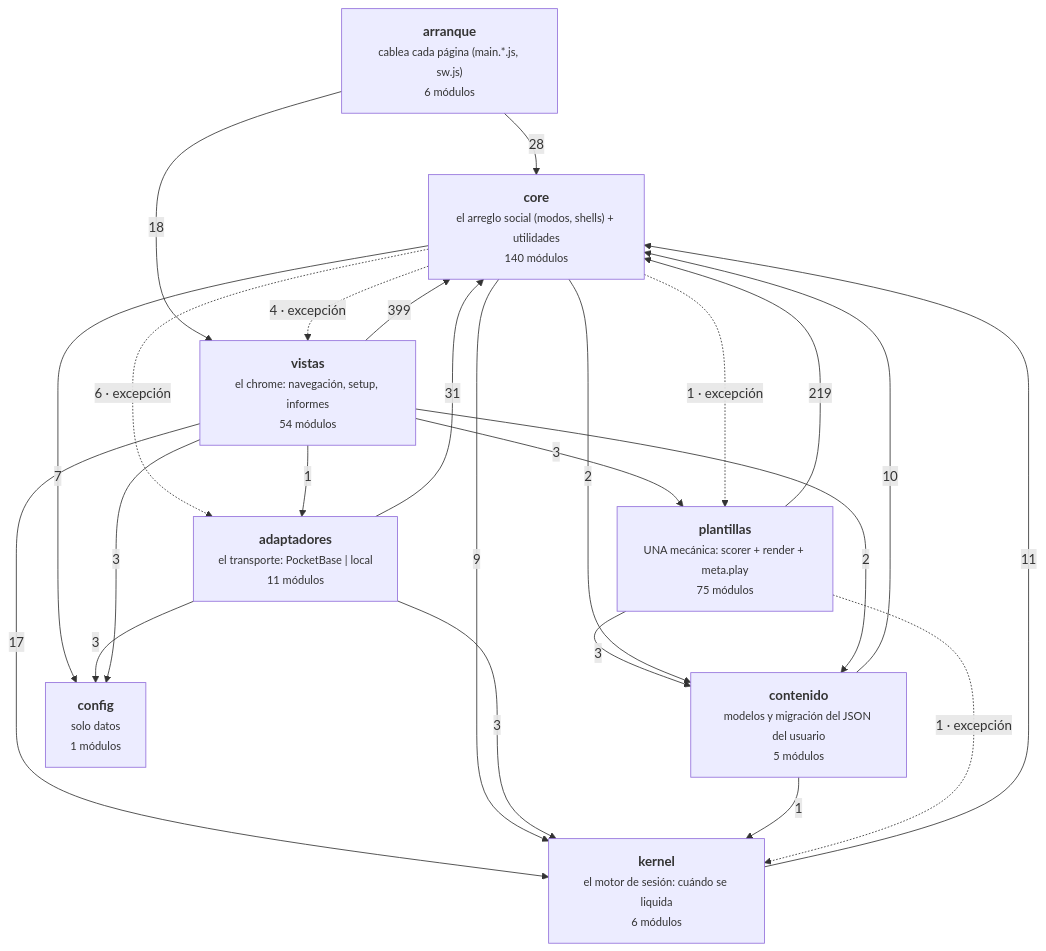
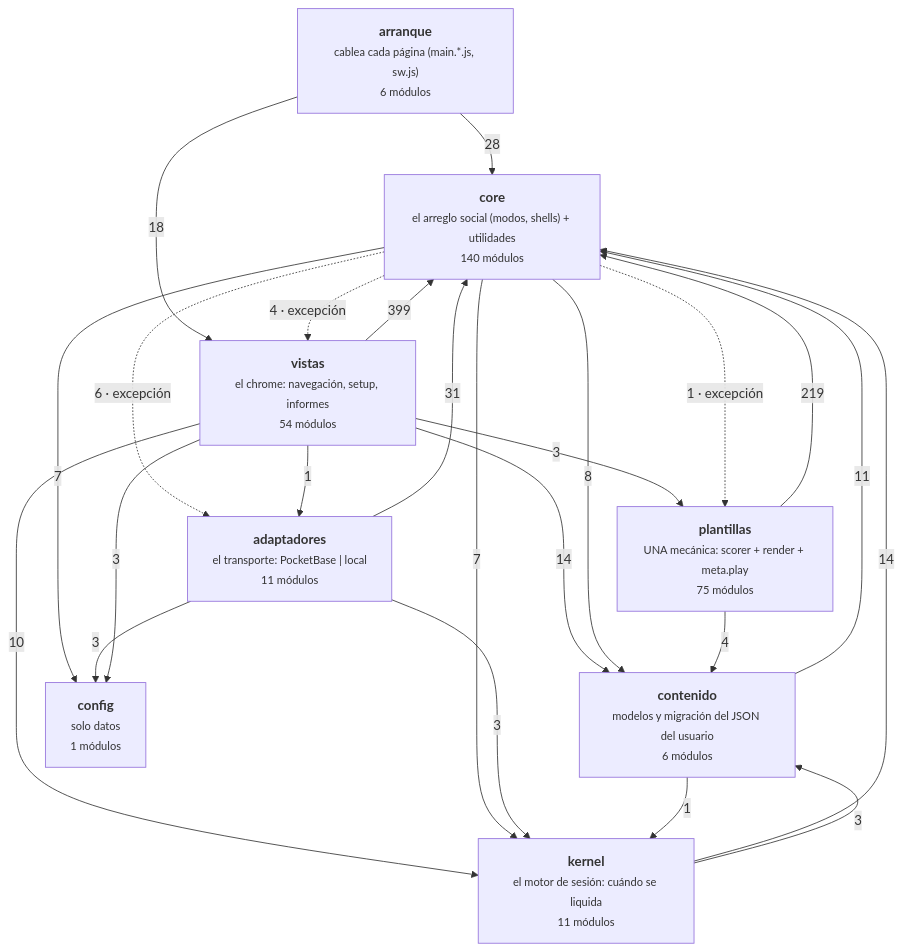
One commit to duecaz/ac changed the diagram in docs/arquitectura-modulos.md. Above: the diagram before and after it, drawn with Mermaid. The commit also changed other lines of this file and 44 other files, not shown here.

````diff
--- a/docs/arquitectura-modulos.md
+++ b/docs/arquitectura-modulos.md
@@ -56,34 +56,34 @@
 ```mermaid
 graph TD
   A["<b>arranque</b><br/><small>cablea cada página (main.*.js, sw.js)</small><br/><small>6 módulos</small>"]
   V["<b>vistas</b><br/><small>el chrome: navegación, setup, informes</small><br/><small>54 módulos</small>"]
   AD["<b>adaptadores</b><br/><small>el transporte: PocketBase | local</small><br/><small>11 módulos</small>"]
   C["<b>core</b><br/><small>el arreglo social (modos, shells) + utilidades</small><br/><small>140 módulos</small>"]
-  K["<b>kernel</b><br/><small>el motor de sesión: cuándo se liquida</small><br/><small>6 módulos</small>"]
+  K["<b>kernel</b><br/><small>el motor de sesión: cuándo se liquida</small><br/><small>11 módulos</small>"]
   T["<b>plantillas</b><br/><small>UNA mecánica: scorer + render + meta.play</small><br/><small>75 módulos</small>"]
-  CO["<b>contenido</b><br/><small>modelos y migración del JSON del usuario</small><br/><small>5 módulos</small>"]
+  CO["<b>contenido</b><br/><small>modelos y migración del JSON del usuario</small><br/><small>6 módulos</small>"]
   CF["<b>config</b><br/><small>solo datos</small><br/><small>1 módulos</small>"]
   V -->|399| C
   T -->|219| C
   AD -->|31| C
   A -->|28| C
   A -->|18| V
-  V -->|17| K
-  K -->|11| C
-  CO -->|10| C
-  C -->|9| K
+  K -->|14| C
+  V -->|14| CO
+  CO -->|11| C
+  V -->|10| K
+  C -->|8| CO
+  C -->|7| K
   C -->|7| CF
   C -.->|6 · excepción| AD
   C -.->|4 · excepción| V
+  T -->|4| CO
   AD -->|3| CF
   AD -->|3| K
-  T -->|3| CO
+  K -->|3| CO
   V -->|3| CF
   V -->|3| T
-  C -->|2| CO
-  V -->|2| CO
   C -.->|1 · excepción| T
   CO -->|1| K
-  T -.->|1 · excepción| K
   V -->|1| AD
 ```
````
